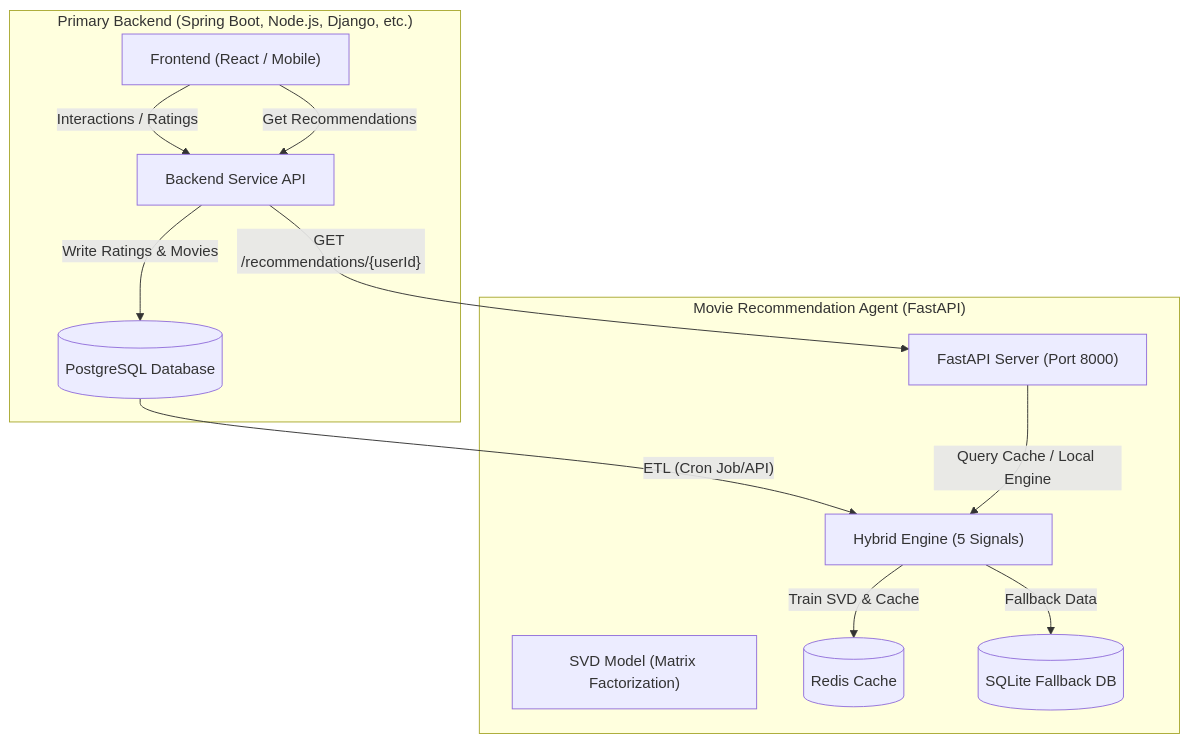
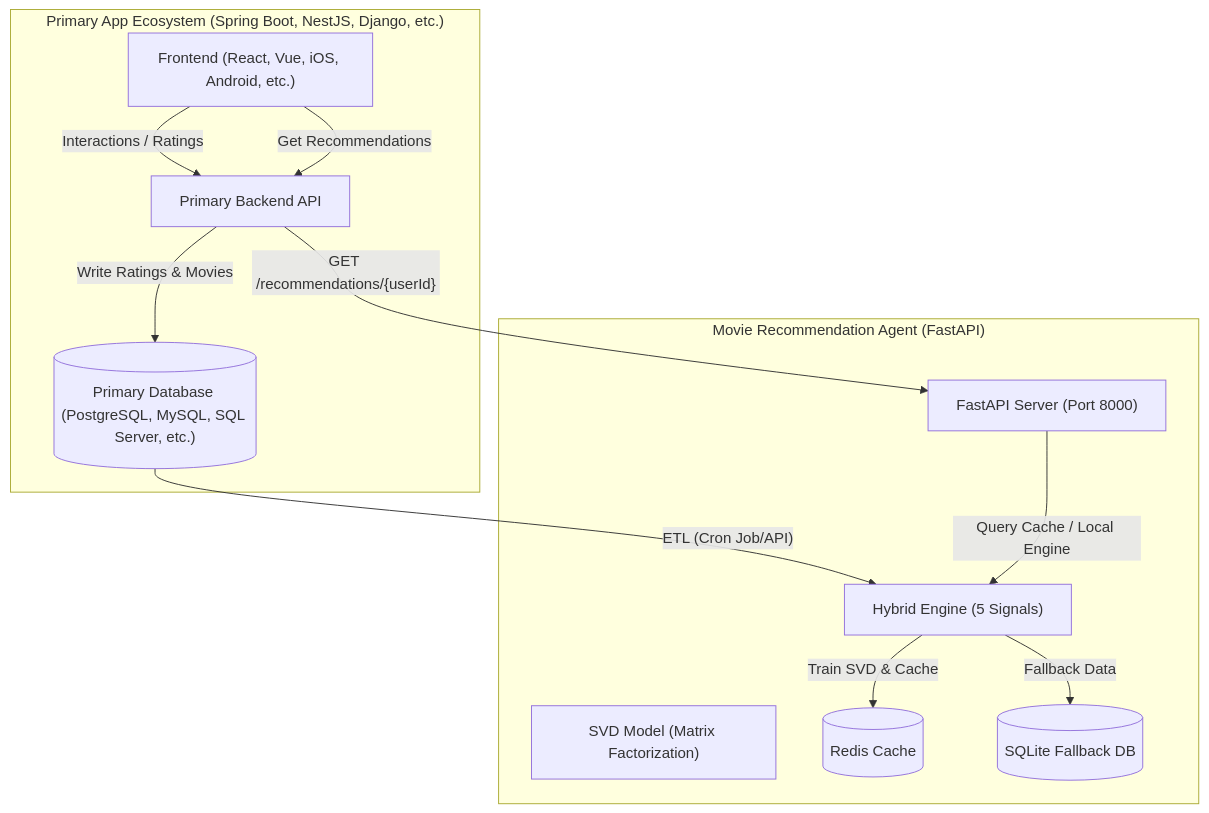
Before and after one commit to uongthanhtu/Movie-Recommendation-Hybrid-Engine: the diagram in README.md, drawn with Mermaid. The commit also changed other lines of this file, not shown here.

Commit message:
docs: generalize frontend and database symbols in architecture diagram and database schemas

````diff
--- a/README.md
+++ b/README.md
@@ -11,25 +11,25 @@
 ```mermaid
 graph TD
-    subgraph "Primary Backend (Spring Boot, Node.js, Django, etc.)"
-        FE["Frontend (React / Mobile)"]
-        BACKEND["Backend Service API"]
-        DB_PROD[("PostgreSQL Database")]
+    subgraph "Primary App Ecosystem (Spring Boot, NestJS, Django, etc.)"
+        FE["Frontend (React, Vue, iOS, Android, etc.)"]
+        BACKEND["Primary Backend API"]
+        DB_PROD[("Primary Database (PostgreSQL, MySQL, SQL Server, etc.)")]
     end
 
     subgraph "Movie Recommendation Agent (FastAPI)"
         FAST["FastAPI Server (Port 8000)"]
         HYBRID["Hybrid Engine (5 Signals)"]
         SVD["SVD Model (Matrix Factorization)"]
         REDIS[("Redis Cache")]
         DB_DEV[("SQLite Fallback DB")]
     end
 
     FE -->|"Interactions / Ratings"| BACKEND
     BACKEND -->|"Write Ratings & Movies"| DB_PROD
     DB_PROD -->|"ETL (Cron Job/API)"| HYBRID
     HYBRID -->|"Train SVD & Cache"| REDIS
     HYBRID -->|"Fallback Data"| DB_DEV
     BACKEND -->|"GET /recommendations/{userId}"| FAST
     FAST -->|"Query Cache / Local Engine"| HYBRID
     FE -->|"Get Recommendations"| BACKEND
 ```
````
